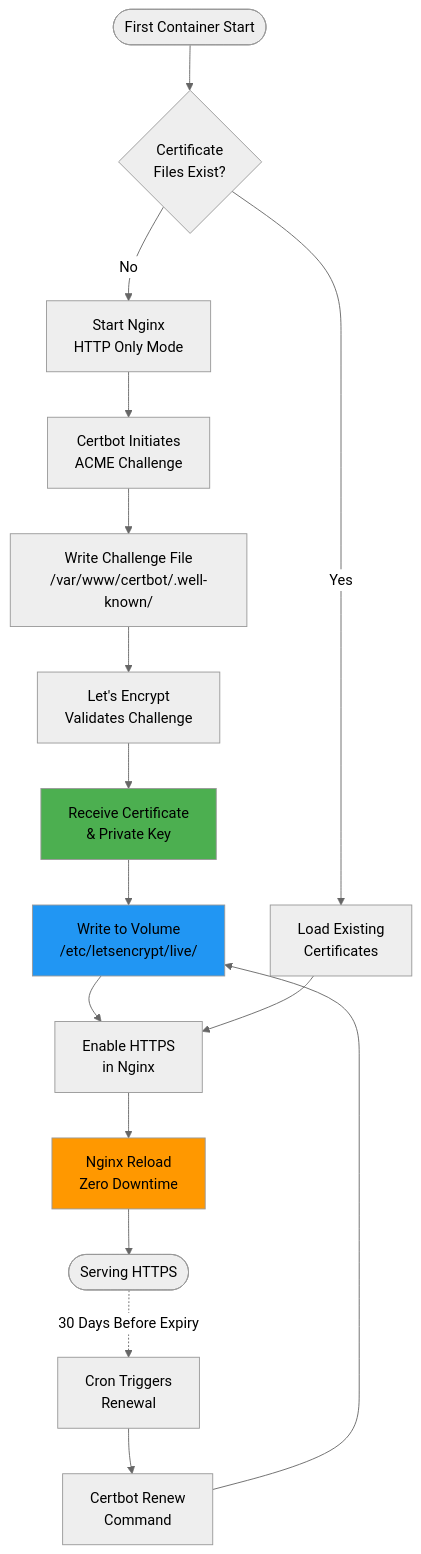
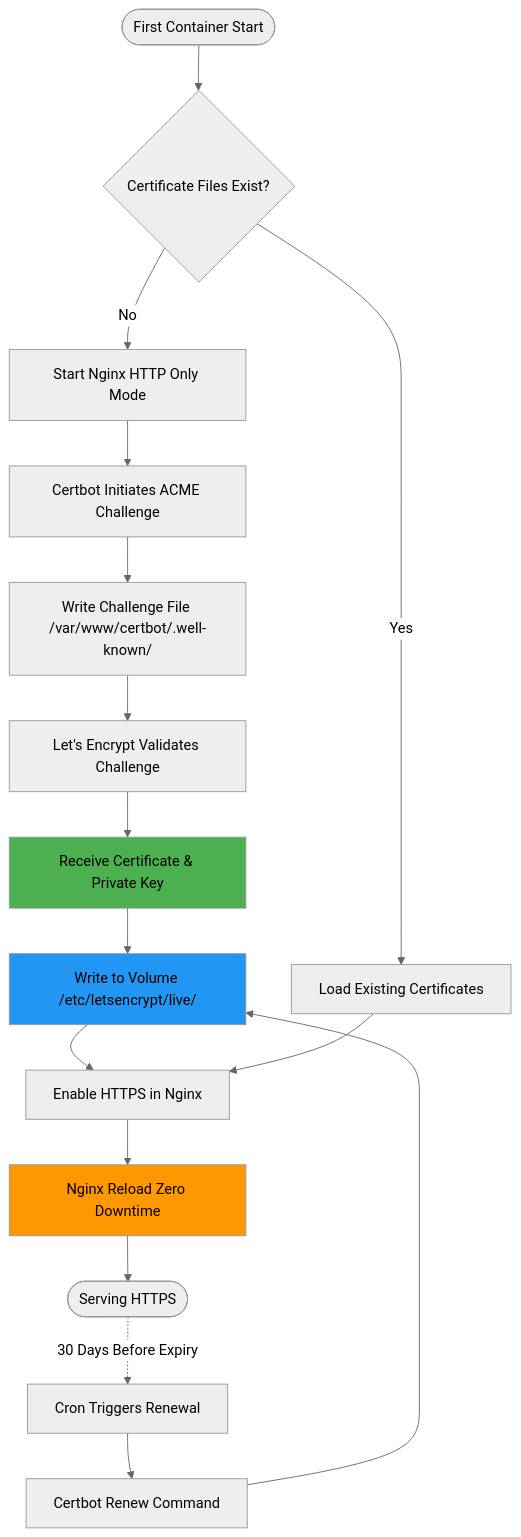
The seventh of 10 diagrams in wiki/Architecture.md (softwarewrighter/ssl-proxy-for-do), drawn with Mermaid (neutral theme) before and after one commit. The commit also changed other lines of this file and 7 other files, not shown here.

First line of the commit message:
Fix wiki Mermaid diagrams: remove remaining <br/> tags

````diff
--- a/wiki/Architecture.md
+++ b/wiki/Architecture.md
@@ -282,30 +282,30 @@
 ```mermaid
 graph TB
     Start([First Container Start])
 
-    Start --> Check{Certificate<br/>Files Exist?}
+    Start --> Check{Certificate Files Exist?}
 
-    Check -->|No| PrepareNginx[Start Nginx<br/>HTTP Only Mode]
-    PrepareNginx --> ACMEChallenge[Certbot Initiates<br/>ACME Challenge]
+    Check -->|No| PrepareNginx[Start Nginx HTTP Only Mode]
+    PrepareNginx --> ACMEChallenge[Certbot Initiates ACME Challenge]
 
-    ACMEChallenge --> WriteChallenge[Write Challenge File<br/>/var/www/certbot/.well-known/]
-    WriteChallenge --> LERequest[Let's Encrypt<br/>Validates Challenge]
-    LERequest --> ReceiveCert[Receive Certificate<br/>& Private Key]
+    ACMEChallenge --> WriteChallenge[Write Challenge File /var/www/certbot/.well-known/]
+    WriteChallenge --> LERequest[Let's Encrypt Validates Challenge]
+    LERequest --> ReceiveCert[Receive Certificate & Private Key]
 
-    ReceiveCert --> WriteCert[Write to Volume<br/>/etc/letsencrypt/live/]
+    ReceiveCert --> WriteCert[Write to Volume /etc/letsencrypt/live/]
 
-    Check -->|Yes| LoadCert[Load Existing<br/>Certificates]
-    WriteCert --> EnableHTTPS[Enable HTTPS<br/>in Nginx]
+    Check -->|Yes| LoadCert[Load Existing Certificates]
+    WriteCert --> EnableHTTPS[Enable HTTPS in Nginx]
     LoadCert --> EnableHTTPS
 
-    EnableHTTPS --> ReloadNginx[Nginx Reload<br/>Zero Downtime]
+    EnableHTTPS --> ReloadNginx[Nginx Reload Zero Downtime]
     ReloadNginx --> Serving([Serving HTTPS])
 
-    Serving -.30 Days Before Expiry.-> RenewCron[Cron Triggers<br/>Renewal]
-    RenewCron --> RenewCert[Certbot Renew<br/>Command]
+    Serving -.30 Days Before Expiry.-> RenewCron[Cron Triggers Renewal]
+    RenewCron --> RenewCert[Certbot Renew Command]
     RenewCert --> WriteCert
 
     style ReceiveCert fill:#4CAF50
     style WriteCert fill:#2196F3
     style ReloadNginx fill:#FF9800
 ```
````
